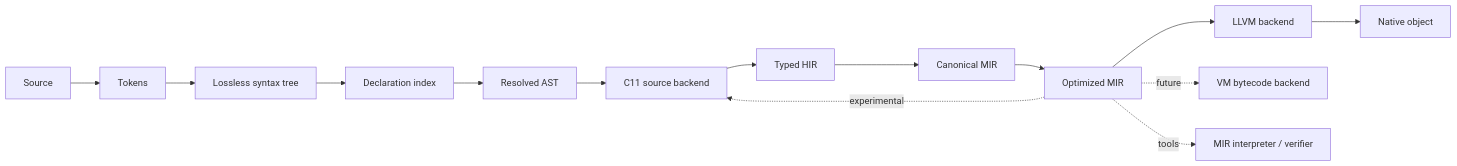
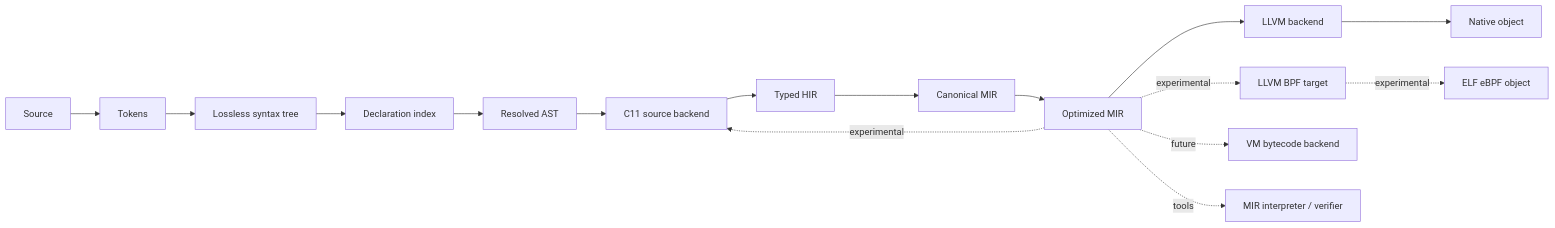
Before and after one commit to kleeedolinux/pop: the diagram in architecture/03-compiler-pipeline.md, drawn with Mermaid. The commit also changed other lines of this file and 48 other files, not shown here.

Commit message:
Add experimental eBPF backend and runtime profiles

````diff
--- a/architecture/03-compiler-pipeline.md
+++ b/architecture/03-compiler-pipeline.md
@@ -5,16 +5,18 @@
 ```mermaid
 flowchart LR
     S[Source] --> T[Tokens]
     T --> A[Lossless syntax tree]
     A --> D[Declaration index]
     D --> R[Resolved AST]
     R --> C[Type checking and compile-time evaluation]
     C --> H[Typed HIR]
     H --> M[Canonical MIR]
     M --> O[Optimized MIR]
     O --> L[LLVM backend]
     L --> N[Native object]
+    O -. experimental .-> B[LLVM BPF target]
+    B -. experimental .-> E[ELF eBPF object]
     O -. experimental .-> C[C11 source backend]
     O -. future .-> V[VM bytecode backend]
     O -. tools .-> I[MIR interpreter / verifier]
 ```
````
